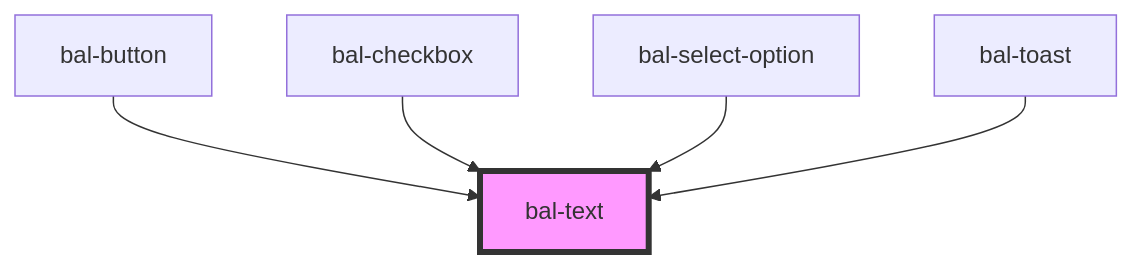
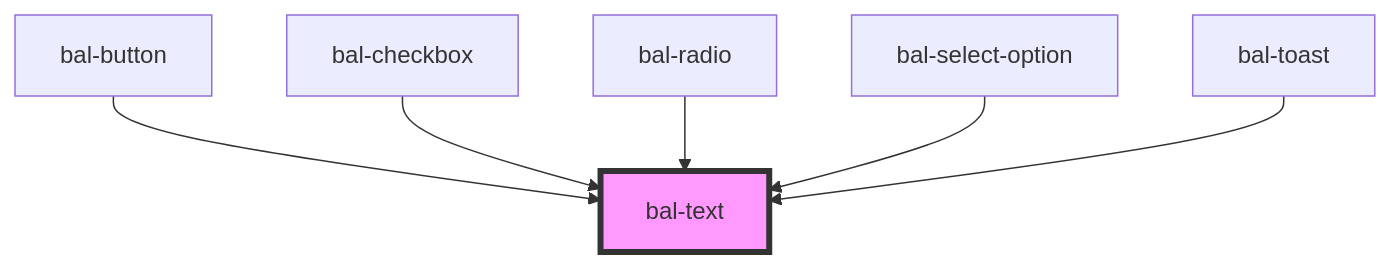
One commit to baloise/ui-library-next changed the diagram in packages/library/src/components/bal-text/readme.md. Above: the diagram before and after it, drawn with Mermaid. The commit also changed other lines of this file and 18 other files, not shown here.

````diff
--- a/packages/library/src/components/bal-text/readme.md
+++ b/packages/library/src/components/bal-text/readme.md
@@ -18,8 +19,9 @@
 ```mermaid
 graph TD;
   bal-button --> bal-text
   bal-checkbox --> bal-text
+  bal-radio --> bal-text
   bal-select-option --> bal-text
   bal-toast --> bal-text
   style bal-text fill:#f9f,stroke:#333,stroke-width:4px
 ```
````
